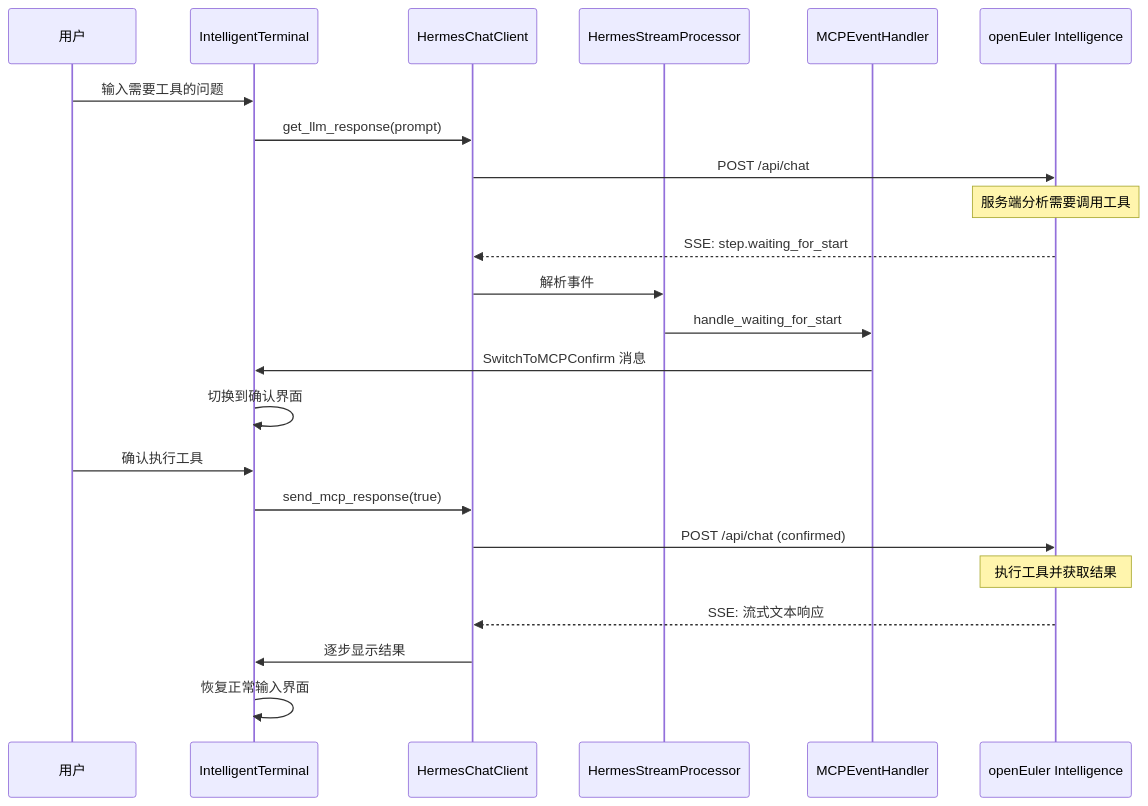
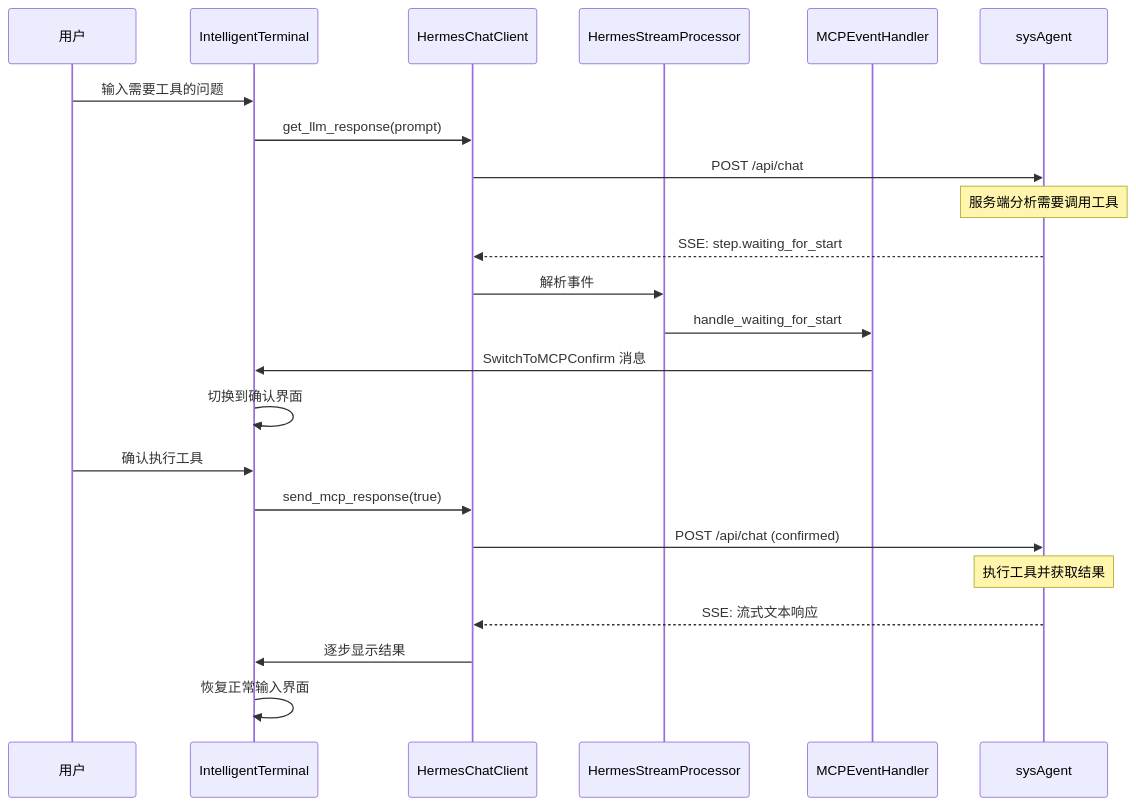
Before and after one commit to openeuler-mirror/euler-copilot-shell: the fifth of 10 diagrams in docs/development/design/项目整体设计.md, drawn with Mermaid. The commit also changed other lines of this file and 24 other files, not shown here.

````diff
--- a/docs/development/design/项目整体设计.md
+++ b/docs/development/design/项目整体设计.md
@@ -229,31 +229,31 @@
 ```mermaid
 sequenceDiagram
     participant U as 用户
     participant TUI as IntelligentTerminal
     participant H as HermesChatClient
     participant SP as HermesStreamProcessor
     participant MCP as MCPEventHandler
-    participant S as openEuler Intelligence
+    participant S as sysAgent
 
     U->>TUI: 输入需要工具的问题
     TUI->>H: get_llm_response(prompt)
     H->>S: POST /api/chat
     
     Note over S: 服务端分析需要调用工具
     
     S-->>H: SSE: step.waiting_for_start
     H->>SP: 解析事件
     SP->>MCP: handle_waiting_for_start
     MCP->>TUI: SwitchToMCPConfirm 消息
     TUI->>TUI: 切换到确认界面
     
     U->>TUI: 确认执行工具
     TUI->>H: send_mcp_response(true)
     H->>S: POST /api/chat (confirmed)
     
     Note over S: 执行工具并获取结果
     
     S-->>H: SSE: 流式文本响应
     H->>TUI: 逐步显示结果
     TUI->>TUI: 恢复正常输入界面
 ```
````
